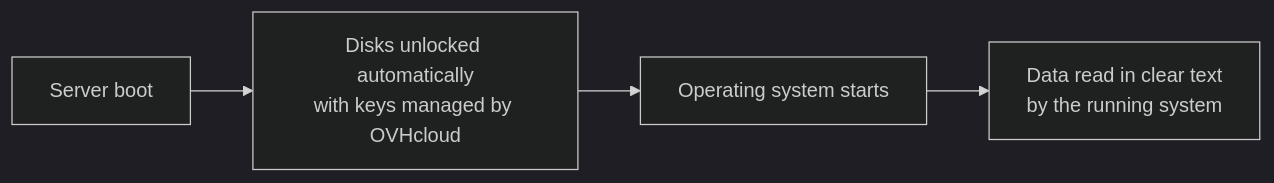
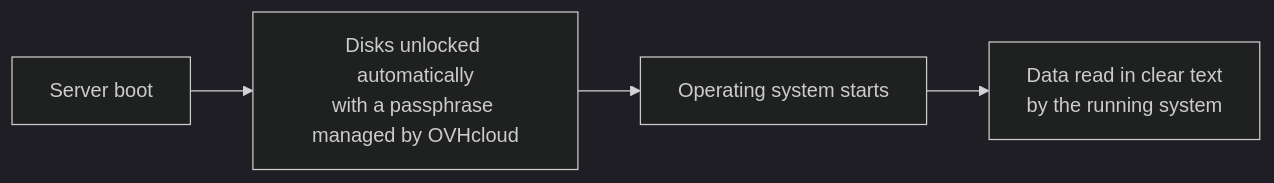
The diagram in docs/en/guides/bare-metal-cloud/dedicated-servers/encryption-at-rest-overview.mdx (ovh/ovhcloud-docs), drawn with Mermaid (dark theme) before and after one commit. The commit also changed other lines of this file and 9 other files, not shown here.

First line of the commit message:
docs(baremetal): apply Product review on Encryption at Rest keys and boot loop

````diff
--- a/docs/en/guides/bare-metal-cloud/dedicated-servers/encryption-at-rest-overview.mdx
+++ b/docs/en/guides/bare-metal-cloud/dedicated-servers/encryption-at-rest-overview.mdx
@@ -30,6 +30,6 @@
 ```mermaid
 flowchart LR
-    A[Server boot] --> B[Disks unlocked automatically<br/>with keys managed by OVHcloud]
+    A[Server boot] --> B[Disks unlocked automatically<br/>with a passphrase managed by OVHcloud]
     B --> C[Operating system starts]
     C --> D[Data read in clear text<br/>by the running system]
 ```
````
